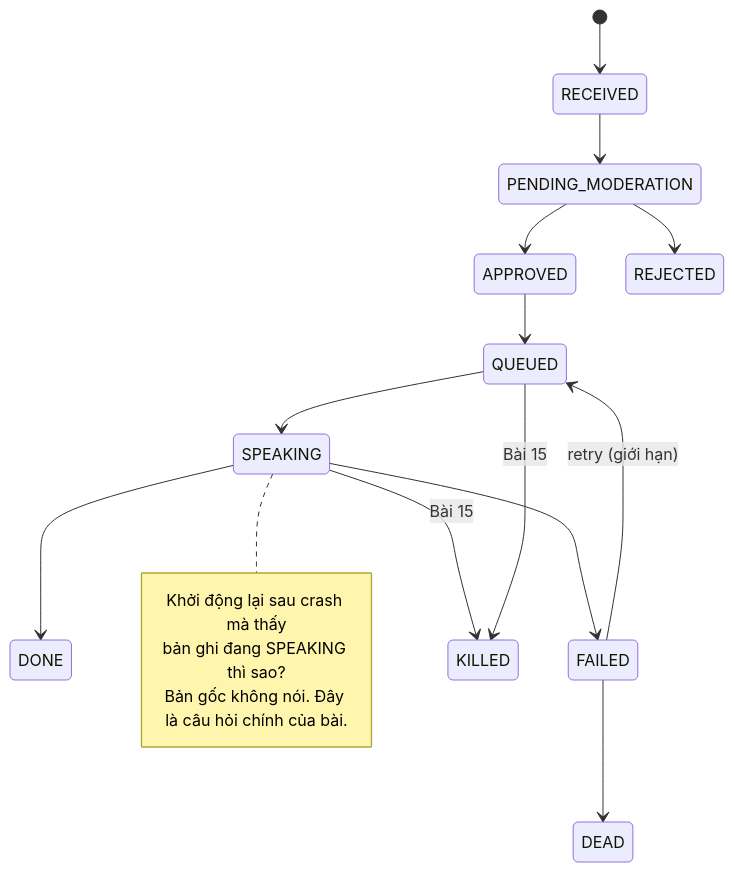
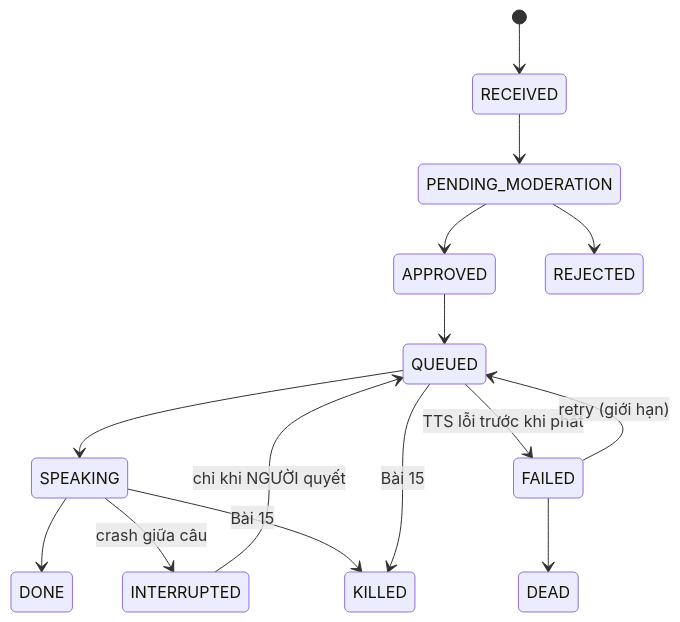
One commit to mrleloi/robotics-lab changed the second of 5 diagrams in giao-trinh/khoa-3/m4-he-thong-v1.md. Above: the diagram before and after it, drawn with Mermaid. The commit also changed other lines of this file and 7 other files, not shown here.

````diff
--- a/giao-trinh/khoa-3/m4-he-thong-v1.md
+++ b/giao-trinh/khoa-3/m4-he-thong-v1.md
@@ -41,20 +41,17 @@
 ```mermaid
 stateDiagram-v2
     [*] --> RECEIVED
     RECEIVED --> PENDING_MODERATION
     PENDING_MODERATION --> APPROVED
     PENDING_MODERATION --> REJECTED
     APPROVED --> QUEUED
     QUEUED --> SPEAKING
     SPEAKING --> DONE
-    SPEAKING --> FAILED
+    QUEUED --> FAILED: TTS lỗi trước khi phát
     FAILED --> QUEUED: retry (giới hạn)
     FAILED --> DEAD
+    SPEAKING --> INTERRUPTED: crash giữa câu
+    INTERRUPTED --> QUEUED: chỉ khi NGƯỜI quyết
     SPEAKING --> KILLED: Bài 15
     QUEUED --> KILLED: Bài 15
-    note right of SPEAKING
-      Khởi động lại sau crash mà thấy
-      bản ghi đang SPEAKING thì sao?
-      Bản gốc không nói. Đây là câu hỏi chính của bài.
-    end note
 ```
````
